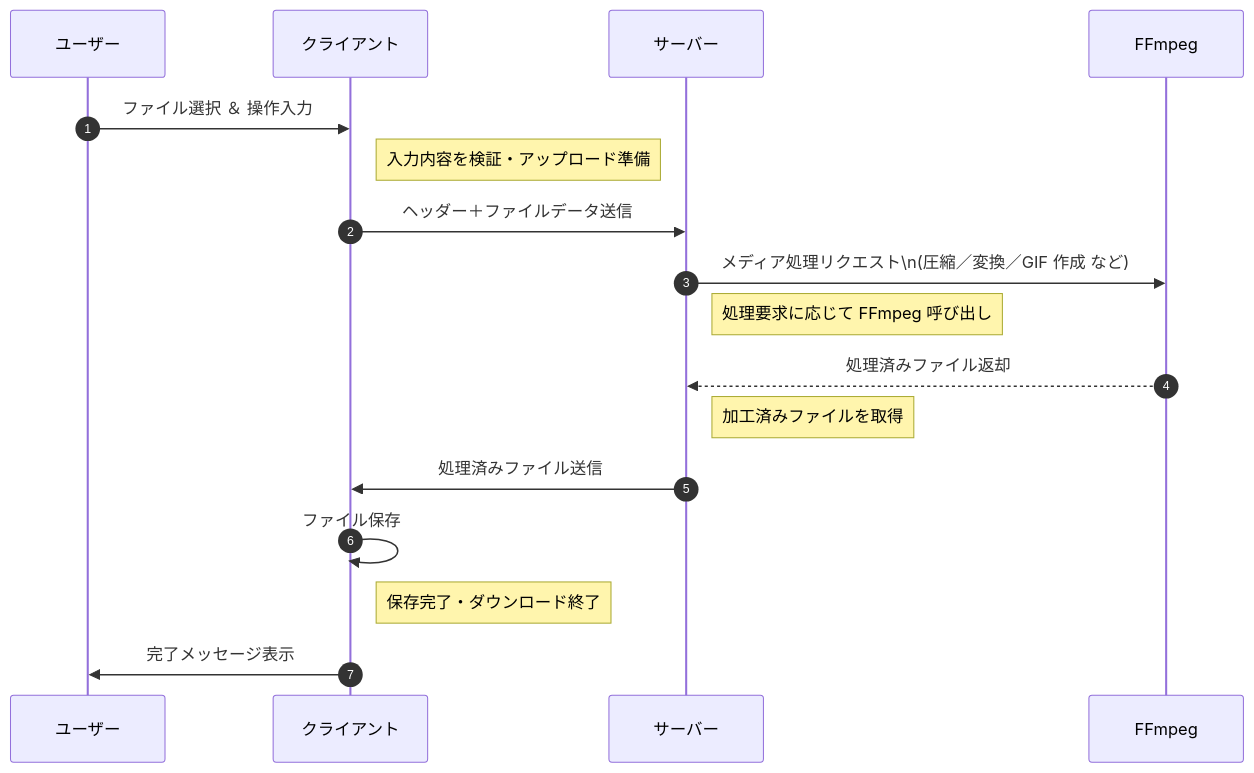
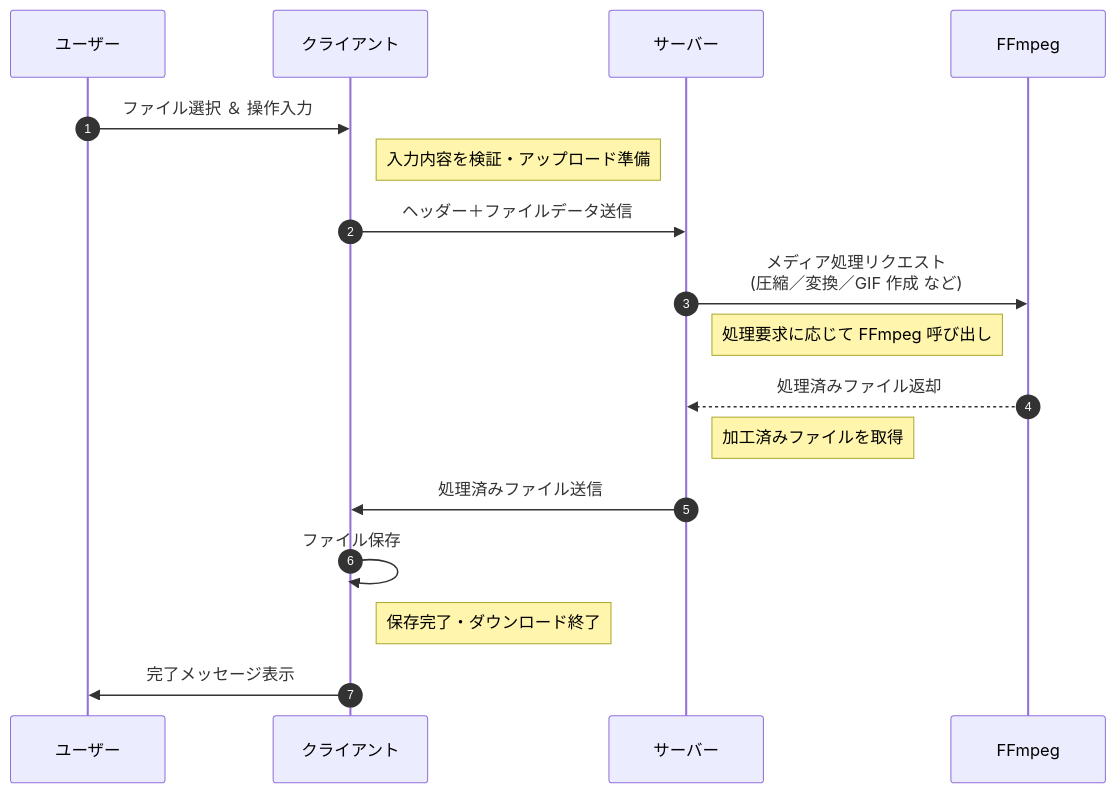
Before and after one commit to BackendExplorer/Video-Processor: the fourth of 4 diagrams in README.md, drawn with Mermaid.

````diff
--- a/README.md
+++ b/README.md
@@ -262,26 +262,26 @@
 ```mermaid
 sequenceDiagram
     autonumber
 
     participant ユーザー
     participant クライアント
     participant サーバー
     participant FFmpeg
 
     %% ユーザー操作→アップロード
     ユーザー ->> クライアント: ファイル選択 ＆ 操作入力
     note right of クライアント: 入力内容を検証・アップロード準備
     クライアント ->> サーバー: ヘッダー＋ファイルデータ送信
 
     %% サーバー側で処理
-    サーバー ->> FFmpeg: メディア処理リクエスト\n(圧縮／変換／GIF 作成 など)
+    サーバー ->> FFmpeg: メディア処理リクエスト<br>(圧縮／変換／GIF 作成 など)
     note right of サーバー: 処理要求に応じて FFmpeg 呼び出し
     FFmpeg -->> サーバー: 処理済みファイル返却
     note right of サーバー: 加工済みファイルを取得
 
     %% ダウンロード→保存
     サーバー ->> クライアント: 処理済みファイル送信
     クライアント ->> クライアント: ファイル保存
     note right of クライアント: 保存完了・ダウンロード終了
     クライアント ->> ユーザー: 完了メッセージ表示
 ```
````
